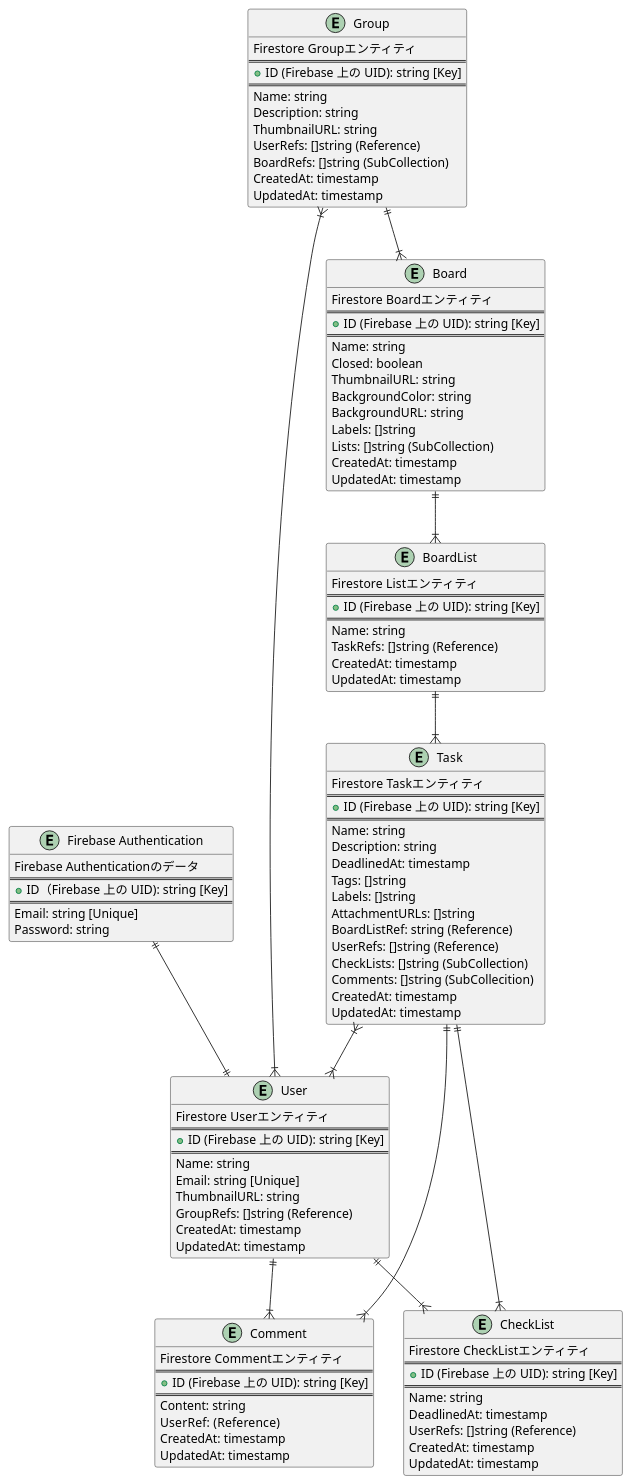
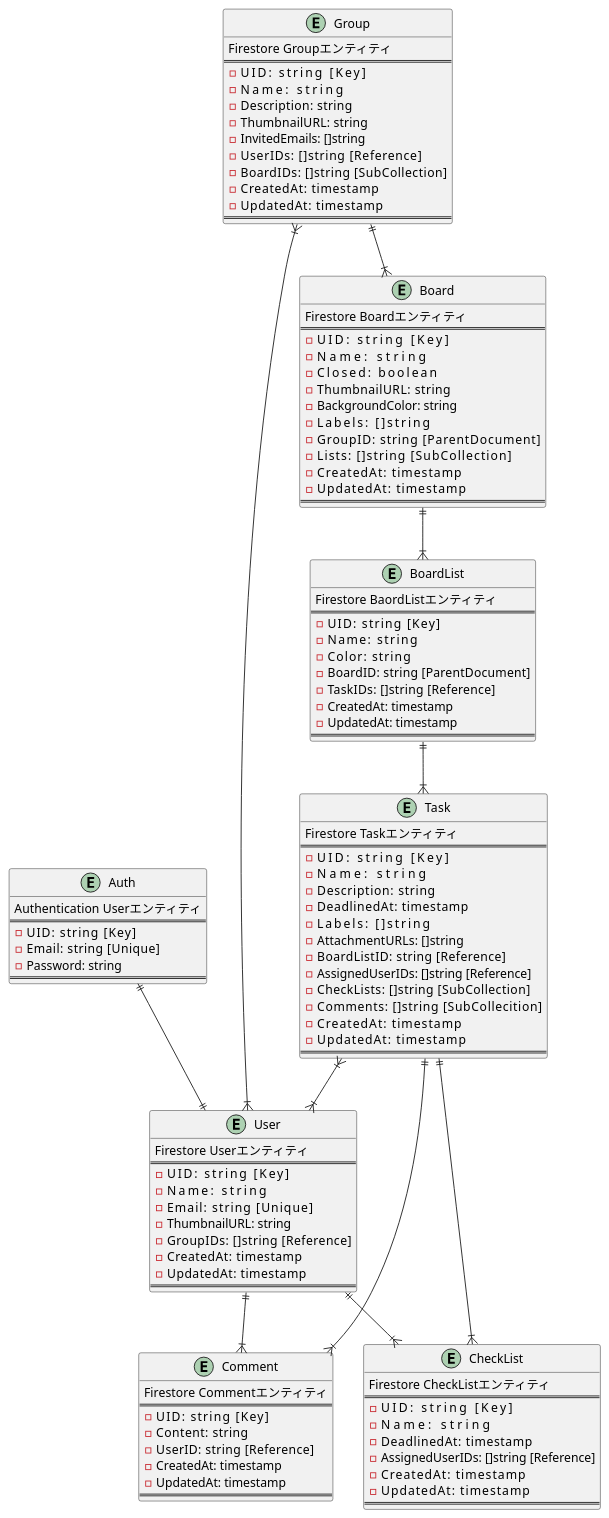
Before and after one commit to calmato/gran: the diagram in docs/03_infrastructure/02_cloud/02_firebase/01_firestore/firestore.puml, drawn with PlantUML.

Commit message:
docs: クラス図の修正

```diff
--- a/docs/03_infrastructure/02_cloud/02_firebase/01_firestore/firestore.puml
+++ b/docs/03_infrastructure/02_cloud/02_firebase/01_firestore/firestore.puml
@@ -1,120 +1,122 @@
 @startuml firestore
 ' --- Entity --- '
-entity "Firebase Authentication" {
-  Firebase Authenticationのデータ
+entity "Auth" {
+  Authentication Userエンティティ
   ==
-  + ID（Firebase 上の UID): string [Key]
+  - UID:      string [Key]
+  - Email:    string [Unique]
+  - Password: string
   ==
-  Email: string [Unique]
-  Password: string
 }
 
 entity "User" {
   Firestore Userエンティティ
   ==
-  + ID (Firebase 上の UID): string [Key]
+  - UID:          string [Key]
+  - Name:         string
+  - Email:        string [Unique]
+  - ThumbnailURL: string
+  - GroupIDs:     []string [Reference]
+  - CreatedAt:    timestamp
+  - UpdatedAt:    timestamp
   ==
-  Name: string
-  Email: string [Unique]
-  ThumbnailURL: string
-  GroupRefs: []string (Reference)
-  CreatedAt: timestamp
-  UpdatedAt: timestamp
 }
 
 entity "Group" {
   Firestore Groupエンティティ
   ==
-  + ID (Firebase 上の UID): string [Key]
+  - UID:           string [Key]
+  - Name:          string
+  - Description:   string
+  - ThumbnailURL:  string
+  - InvitedEmails: []string
+  - UserIDs:       []string [Reference]
+  - BoardIDs:      []string [SubCollection]
+  - CreatedAt:     timestamp
+  - UpdatedAt:     timestamp
   ==
-  Name: string
-  Description: string
-  ThumbnailURL: string
-  UserRefs: []string (Reference)
-  BoardRefs: []string (SubCollection)
-  CreatedAt: timestamp
-  UpdatedAt: timestamp
 }
 
 entity "Board" {
   Firestore Boardエンティティ
   ==
-  + ID (Firebase 上の UID): string [Key]
+  - UID:             string [Key]
+  - Name:            string
+  - Closed:          boolean
+  - ThumbnailURL:    string
+  - BackgroundColor: string
+  - Labels:          []string
+  - GroupID:         string [ParentDocument]
+  - Lists:           []string [SubCollection]
+  - CreatedAt:       timestamp
+  - UpdatedAt:       timestamp
   ==
-  Name: string
-  Closed: boolean
-  ThumbnailURL: string
-  BackgroundColor: string
-  BackgroundURL: string
-  Labels: []string
-  Lists: []string (SubCollection)
-  CreatedAt: timestamp
-  UpdatedAt: timestamp
 }
 
 entity "BoardList" {
-  Firestore Listエンティティ
+  Firestore BaordListエンティティ
   ==
-  + ID (Firebase 上の UID): string [Key]
+  - UID:       string [Key]
+  - Name:      string
+  - Color:     string
+  - BoardID:   string [ParentDocument]
+  - TaskIDs:   []string [Reference]
+  - CreatedAt: timestamp
+  - UpdatedAt: timestamp
   ==
-  Name: string
-  TaskRefs: []string (Reference)
-  CreatedAt: timestamp
-  UpdatedAt: timestamp
 }
 
 entity "Task" {
   Firestore Taskエンティティ
   ==
-  + ID (Firebase 上の UID): string [Key]
+  - UID:             string [Key]
+  - Name:            string
+  - Description:     string
+  - DeadlinedAt:     timestamp
+  - Labels:          []string
+  - AttachmentURLs:  []string
+  - BoardListID:     string [Reference]
+  - AssignedUserIDs: []string [Reference]
+  - CheckLists:      []string [SubCollection]
+  - Comments:        []string [SubCollecition]
+  - CreatedAt:       timestamp
+  - UpdatedAt:       timestamp
   ==
-  Name: string
-  Description: string
-  DeadlinedAt: timestamp
-  Tags: []string
-  Labels: []string
-  AttachmentURLs: []string
-  BoardListRef: string (Reference)
-  UserRefs: []string (Reference)
-  CheckLists: []string (SubCollection)
-  Comments: []string (SubCollecition)
-  CreatedAt: timestamp
-  UpdatedAt: timestamp
 }
 
 entity "CheckList" {
   Firestore CheckListエンティティ
   ==
-  + ID (Firebase 上の UID): string [Key]
+  - UID:             string [Key]
+  - Name:            string
+  - DeadlinedAt:     timestamp
+  - AssignedUserIDs: []string [Reference]
+  - CreatedAt:       timestamp
+  - UpdatedAt:       timestamp
   ==
-  Name: string
-  DeadlinedAt: timestamp
-  UserRefs: []string (Reference)
-  CreatedAt: timestamp
-  UpdatedAt: timestamp
 }
 
 entity "Comment" {
   Firestore Commentエンティティ
   ==
-  + ID (Firebase 上の UID): string [Key]
+  - UID:       string [Key]
+  - Content:   string
+  - UserID:    string [Reference]
+  - CreatedAt: timestamp
+  - UpdatedAt: timestamp
   ==
-  Content: string
-  UserRef:  (Reference)
-  CreatedAt: timestamp
-  UpdatedAt: timestamp
 }
 
 ' --- Relation --- '
-"Firebase Authentication" ||--|| User
-Board ||--|{ BoardList
-BoardList ||--|{ Task
-Group ||--|{ Board
-Group }|--|{ User
-Task ||--|{ CheckList
-Task }|--|{ User
-Task ||--|{ Comment
-User ||--|{ CheckList
-User ||--|{ Comment
+"Auth"      ||--|| "User"
+"Board"     ||--|{ "BoardList"
+"BoardList" ||--|{ "Task"
+"Group"     ||--|{ "Board"
+"Group"     }|--|{ "User"
+"Task"      ||--|{ "CheckList"
+"Task"      }|--|{ "User"
+"Task"      ||--|{ "Comment"
+"User"      ||--|{ "CheckList"
+"User"      ||--|{ "Comment"
 
 @enduml
```
